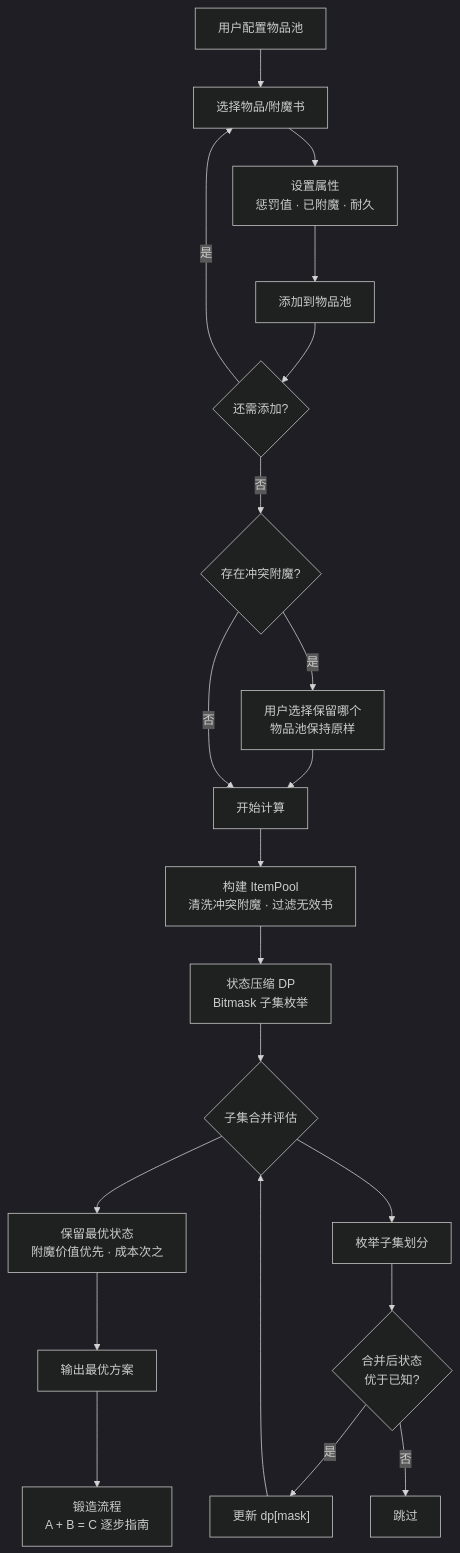
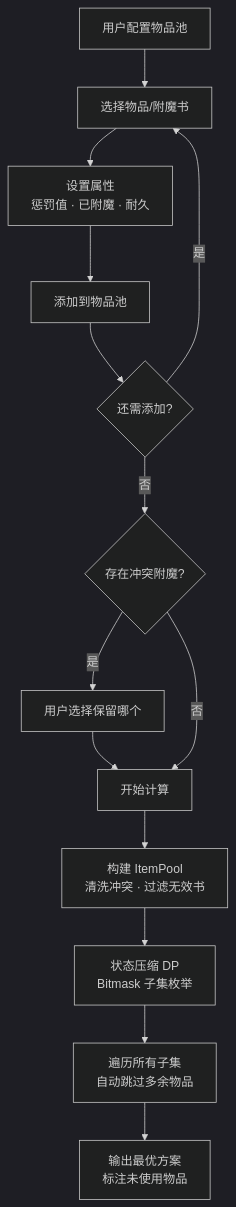
One commit to mciart/best-ench-seq changed the diagram in README.md. Above: the diagram before and after it, drawn with Mermaid (dark theme). The commit also changed other lines of this file, not shown here.

````diff
--- a/README.md
+++ b/README.md
@@ -131,27 +121,18 @@
 ```mermaid
 flowchart TD
     A["用户配置物品池"] --> B["选择物品/附魔书"]
     B --> C["设置属性<br>惩罚值 · 已附魔 · 耐久"]
     C --> D["添加到物品池"]
     D --> E{"还需添加?"}
     E -- 是 --> B
     E -- 否 --> F{"存在冲突附魔?"}
 
-    F -- 是 --> G["用户选择保留哪个<br>物品池保持原样"]
+    F -- 是 --> G["用户选择保留哪个"]
     G --> H["开始计算"]
     F -- 否 --> H
 
-    H --> I["构建 ItemPool<br>清洗冲突附魔 · 过滤无效书"]
+    H --> I["构建 ItemPool<br>清洗冲突 · 过滤无效书"]
     I --> J["状态压缩 DP<br>Bitmask 子集枚举"]
-
-    J --> K{"子集合并评估"}
-    K --> L["保留最优状态<br>附魔价值优先 · 成本次之"]
-    K --> M["枚举子集划分"]
-    M --> N{"合并后状态<br>优于已知?"}
-    N -- 是 --> O["更新 dp[mask]"]
-    N -- 否 --> P["跳过"]
-    O --> K
-
-    L --> Q["输出最优方案"]
-    Q --> R["锻造流程<br>A + B = C 逐步指南"]
+    J --> K["遍历所有子集<br>自动跳过多余物品"]
+    K --> L["输出最优方案<br>标注未使用物品"]
 ```
````
